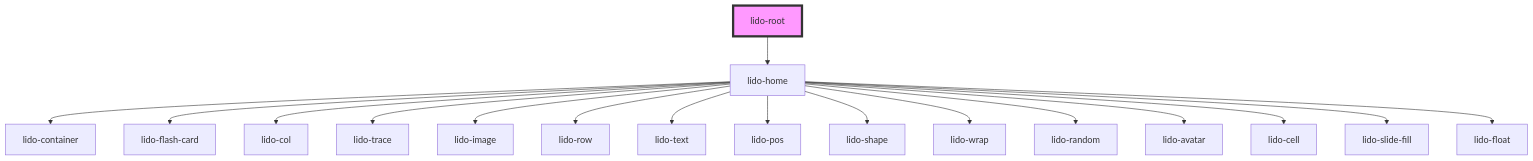
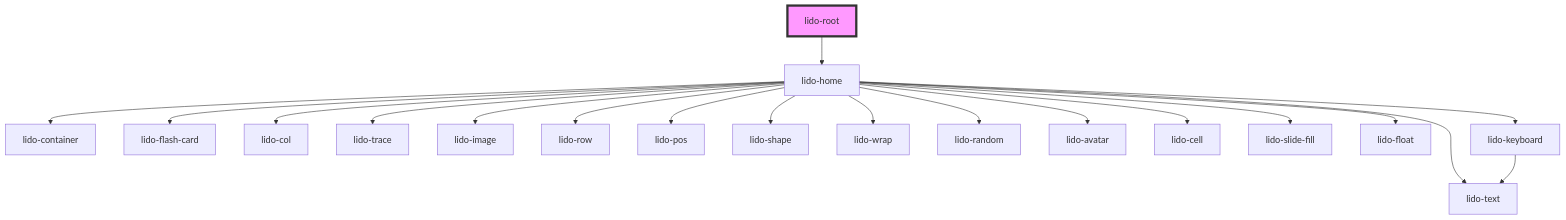
The diagram in src/components/root/readme.md (chimple/lido-player), drawn with Mermaid before and after one commit. The commit also changed 13 other files, not shown here.

````diff
--- a/src/components/root/readme.md
+++ b/src/components/root/readme.md
@@ -26,20 +26,22 @@
 ```mermaid
 graph TD;
   lido-root --> lido-home
   lido-home --> lido-container
   lido-home --> lido-flash-card
   lido-home --> lido-col
   lido-home --> lido-trace
   lido-home --> lido-image
   lido-home --> lido-row
   lido-home --> lido-text
   lido-home --> lido-pos
   lido-home --> lido-shape
   lido-home --> lido-wrap
   lido-home --> lido-random
   lido-home --> lido-avatar
   lido-home --> lido-cell
   lido-home --> lido-slide-fill
   lido-home --> lido-float
+  lido-home --> lido-keyboard
+  lido-keyboard --> lido-text
   style lido-root fill:#f9f,stroke:#333,stroke-width:4px
 ```
````
